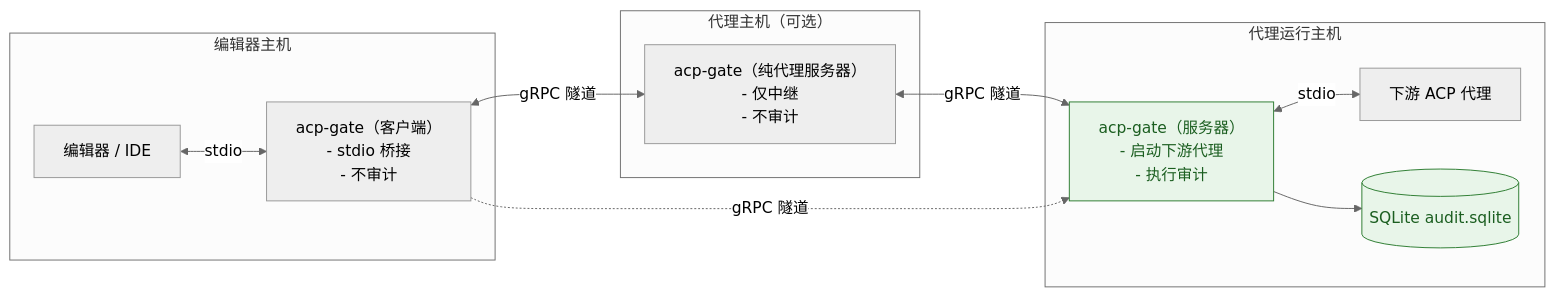
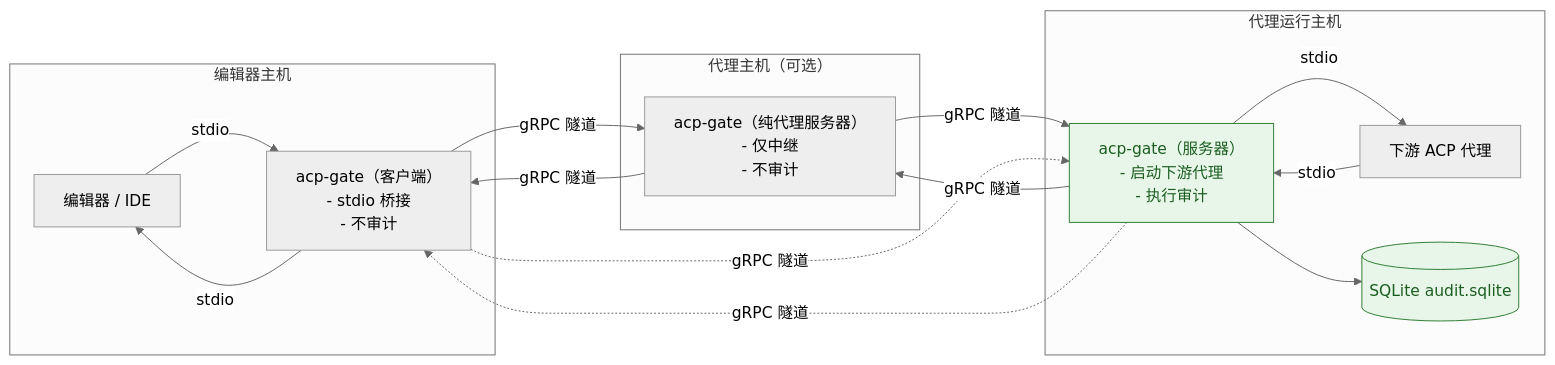
One commit to Tryanks/acp-gate changed the diagram in README_zh.md. Above: the diagram before and after it, drawn with Mermaid (neutral theme). The commit also changed 1 other file, not shown here.

````diff
--- a/README_zh.md
+++ b/README_zh.md
@@ -26,29 +26,39 @@
 ```mermaid
-flowchart LR
+graph LR
   subgraph editor[编辑器主机]
     E[编辑器 / IDE]
     C[acp-gate（客户端）\n- stdio 桥接\n- 不审计]
   end
 
   subgraph proxy[代理主机（可选）]
     P[acp-gate（纯代理服务器）\n- 仅中继\n- 不审计]
   end
 
   subgraph agent[代理运行主机]
     S[acp-gate（服务器）\n- 启动下游代理\n- 执行审计]
     D[下游 ACP 代理]
     A[(SQLite audit.sqlite)]
   end
 
-  E <-- stdio --> C
-  C <-- gRPC 隧道 --> P
-  P <-- gRPC 隧道 --> S
-  S <-- stdio --> D
+  %% 使用显式的单向连线，提升 GitHub Mermaid 兼容性
+  E -- stdio --> C
+  C -- stdio --> E
+
+  C -- gRPC 隧道 --> P
+  P -- gRPC 隧道 --> C
+
+  P -- gRPC 隧道 --> S
+  S -- gRPC 隧道 --> P
+
+  S -- stdio --> D
+  D -- stdio --> S
+
   S --> A
 
   %% 也可在无中转的情况下直接连接
   C -. gRPC 隧道 .-> S
+  S -. gRPC 隧道 .-> C
 
   classDef audit fill:#e8f5e9,stroke:#2e7d32,color:#1b5e20
   class S,A audit
 ```
````
